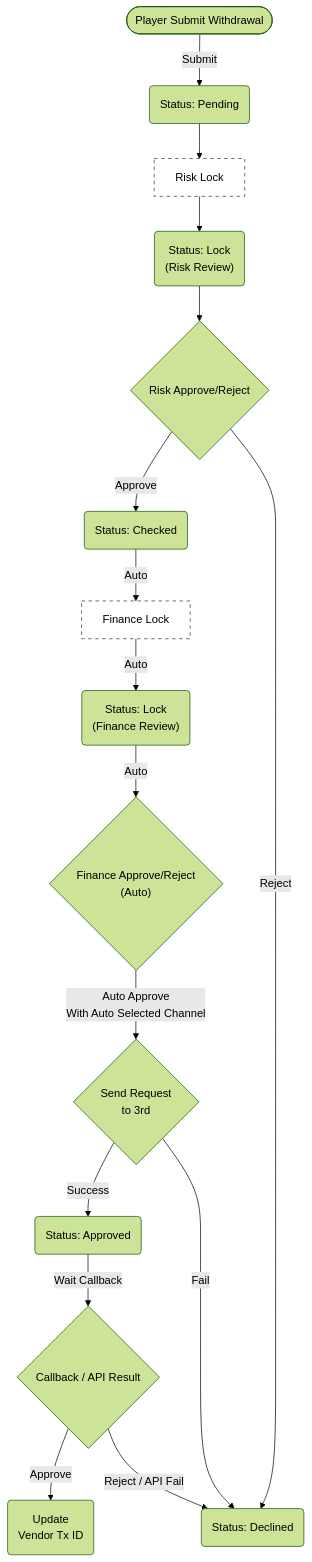
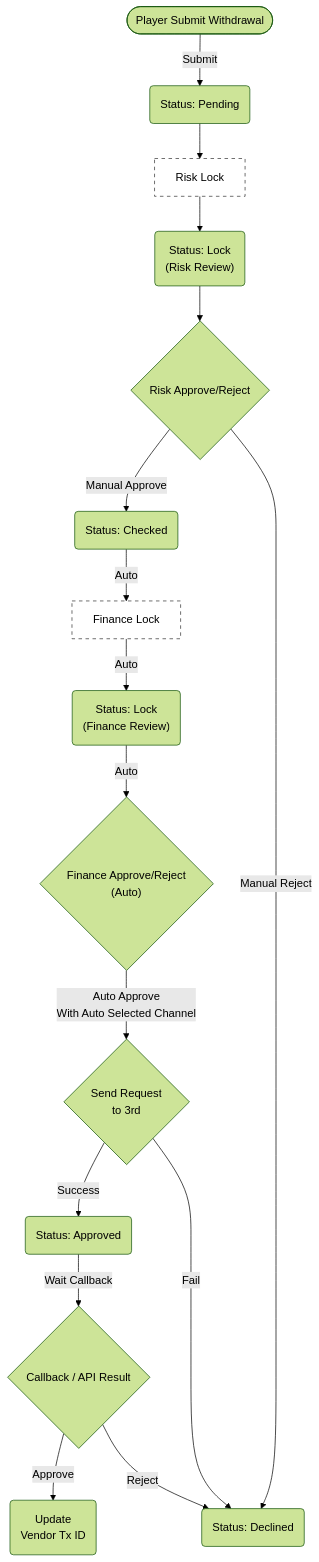
The second of 2 diagrams in no99_archive/sitflowchart.md (almightyken0425/SuSuGiGiSpec), drawn with Mermaid (forest theme) before and after one commit.

````diff
--- a/no99_archive/sitflowchart.md
+++ b/no99_archive/sitflowchart.md
@@ -91,51 +91,51 @@
 ```mermaid
 graph TD
     %% 節點定義
     StartAuto(["Player Submit Withdrawal"])
     PendingAuto("Status: Pending")
     
     RiskLockActionBoxAuto["Risk Lock"]
     RiskLockAuto("Status: Lock<br/>(Risk Review)")
     
     RiskActionAuto{"Risk Approve/Reject"}
     ApproveAuto("Status: Checked")
     
     FinanceLockActionBoxAuto["Finance Lock"]
     FinanceLockAuto("Status: Lock<br/>(Finance Review)")
     
     FinanceActionAuto{"Finance Approve/Reject<br/>(Auto)"}
     RequestActionAuto{"Send Request<br/>to 3rd"}
     FinanceApprovedAuto("Status: Approved")
 
     DeclineAuto("Status: Declined")
     SuccessAuto("Update<br>Vendor Tx ID")
     CallbackAuto{"Callback / API Result"}
 
     StartAuto -->|"Submit"| PendingAuto
     
     PendingAuto --> RiskLockActionBoxAuto
     RiskLockActionBoxAuto --> RiskLockAuto
     
     RiskLockAuto --> RiskActionAuto
     
-    RiskActionAuto -->|"Approve"| ApproveAuto
+    RiskActionAuto -->|"Manual Approve"| ApproveAuto
     
     ApproveAuto -->|"Auto"| FinanceLockActionBoxAuto
     FinanceLockActionBoxAuto -->|"Auto"| FinanceLockAuto
     FinanceLockAuto -->|"Auto"| FinanceActionAuto
     FinanceActionAuto -->|"Auto Approve<br/>With Auto Selected Channel"| RequestActionAuto
     
     RequestActionAuto -->|"Success"| FinanceApprovedAuto
     RequestActionAuto -->|"Fail"| DeclineAuto
     
     FinanceApprovedAuto -->|"Wait Callback"| CallbackAuto
 
     CallbackAuto -->|"Approve"| SuccessAuto
     
-    CallbackAuto -->|"Reject / API Fail"| DeclineAuto
+    CallbackAuto -->|"Reject"| DeclineAuto
 
-    RiskActionAuto -->|"Reject"| DeclineAuto
+    RiskActionAuto -->|"Manual Reject"| DeclineAuto
 
     style RiskLockActionBoxAuto fill:#fff,stroke:#333,stroke-dasharray: 5 5
     style FinanceLockActionBoxAuto fill:#fff,stroke:#333,stroke-dasharray: 5 5
 ```
````
